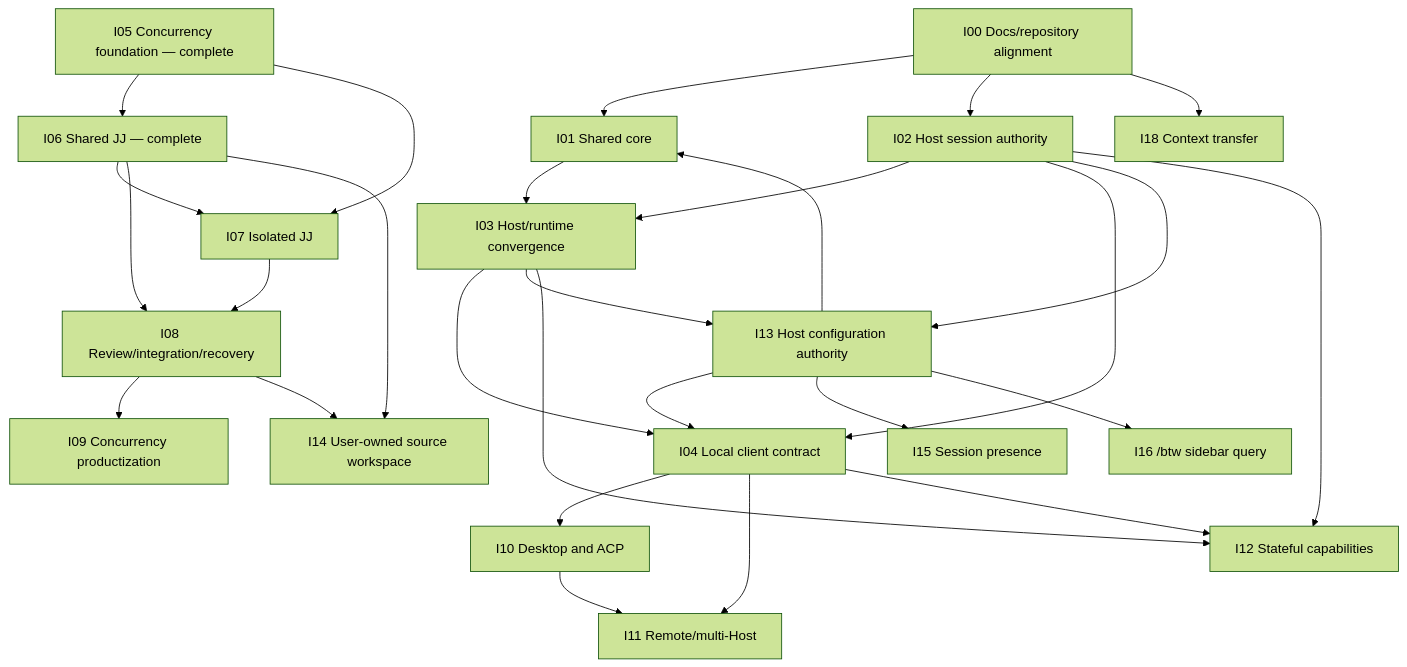
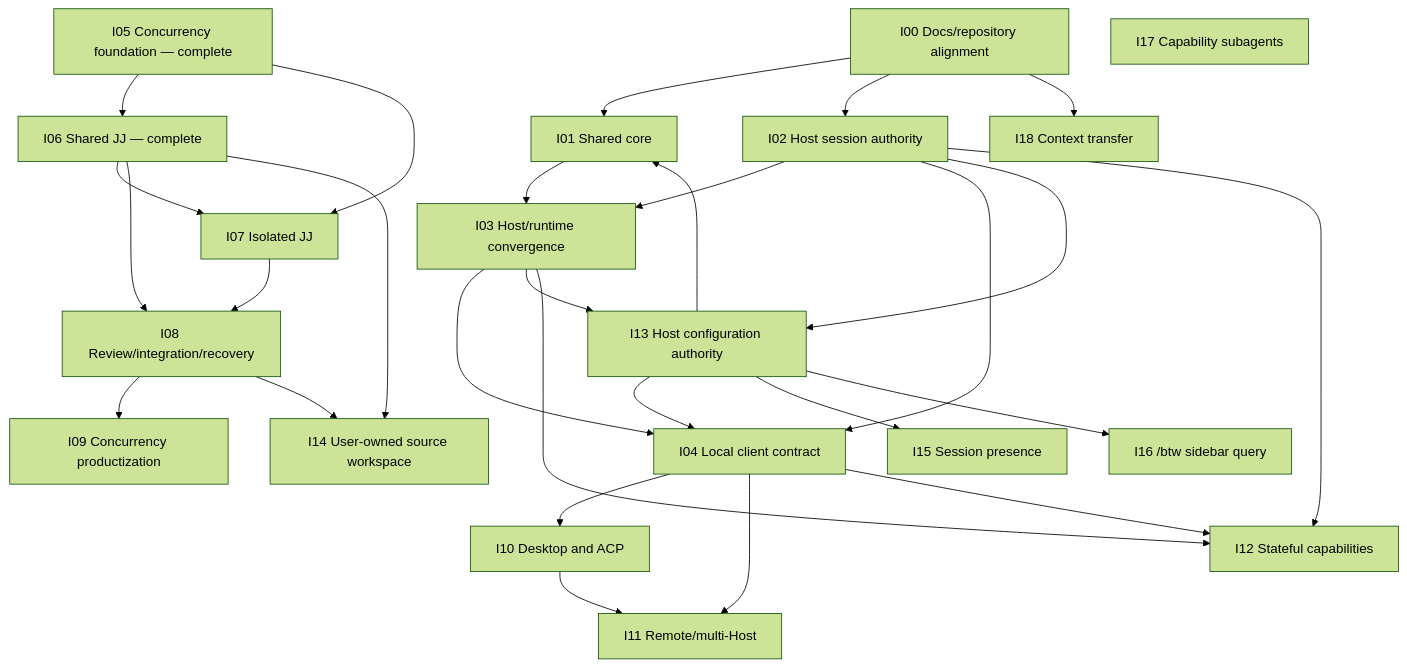
One commit to xavierchanth/pi-guardian changed the diagram in docs/roadmap/README.md. Above: the diagram before and after it, drawn with Mermaid (forest theme). The commit also changed other lines of this file and 29 other files, not shown here.

````diff
--- a/docs/roadmap/README.md
+++ b/docs/roadmap/README.md
@@ -47,51 +48,52 @@
 ```mermaid
 graph TD
   I00[I00 Docs/repository alignment]
   I01[I01 Shared core]
   I02[I02 Host session authority]
   I03[I03 Host/runtime convergence]
   I04[I04 Local client contract]
   I05[I05 Concurrency foundation — complete]
   I06[I06 Shared JJ — complete]
   I07[I07 Isolated JJ]
   I08[I08 Review/integration/recovery]
   I09[I09 Concurrency productization]
   I10[I10 Desktop and ACP]
   I11[I11 Remote/multi-Host]
   I12[I12 Stateful capabilities]
   I13[I13 Host configuration authority]
   I14[I14 User-owned source workspace]
   I15[I15 Session presence]
   I16[I16 /btw sidebar query]
+  I17[I17 Capability subagents]
   I18[I18 Context transfer]
 
   I00 --> I01
   I00 --> I02
   I01 --> I03
   I02 --> I03
   I02 --> I04
   I03 --> I04
   I02 --> I13
   I03 --> I13
   I13 --> I01
   I13 --> I04
   I13 --> I15
   I13 --> I16
   I00 --> I18
 
   I05 --> I06
   I05 --> I07
   I06 --> I07
   I06 --> I08
   I07 --> I08
   I08 --> I09
   I06 --> I14
   I08 --> I14
 
   I04 --> I10
   I04 --> I11
   I10 --> I11
   I02 --> I12
   I03 --> I12
   I04 --> I12
 ```
````
